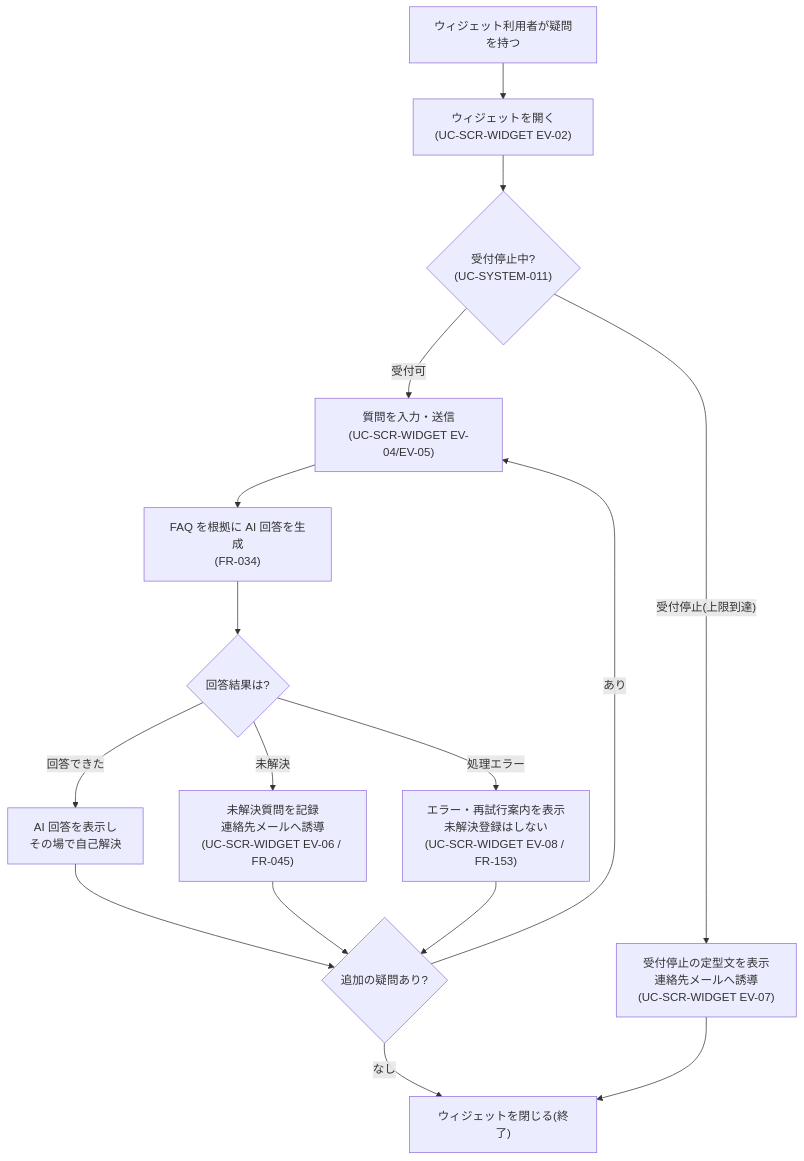
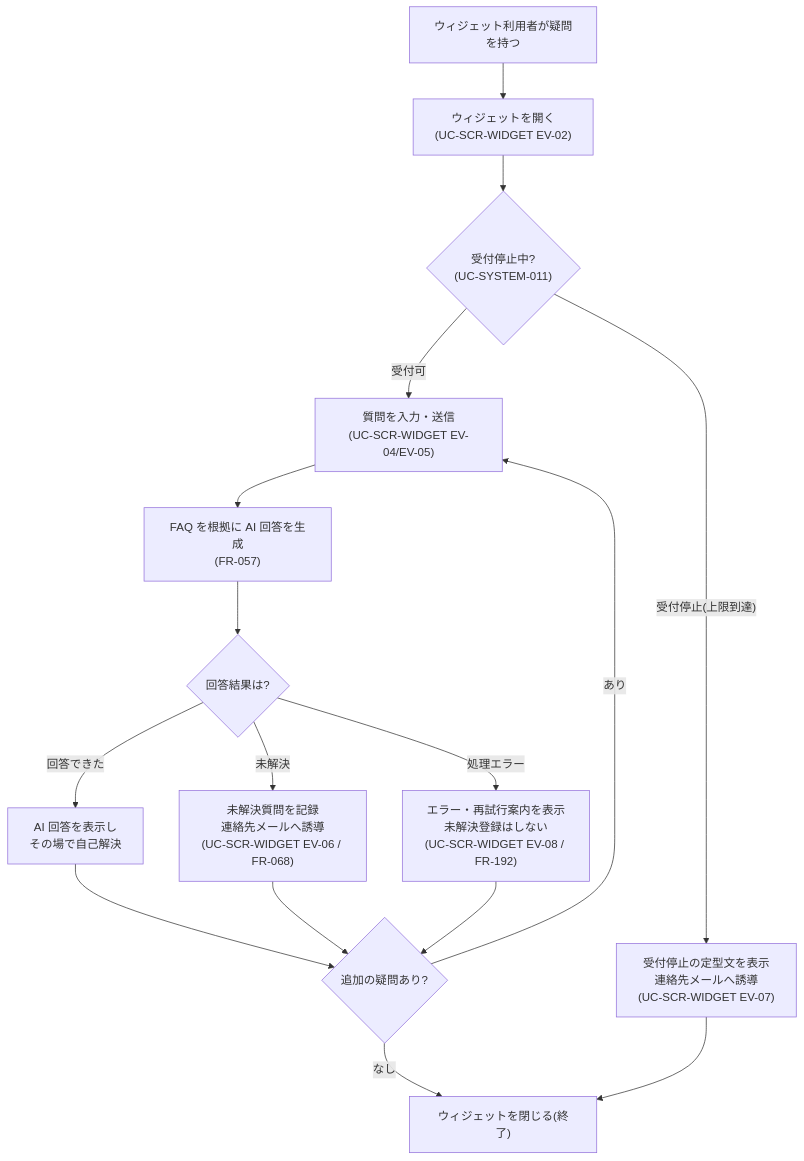
The diagram in 01_requirements/02_business_usecases/UC-BIZ-011.md (sikakou54/open-faq), drawn with Mermaid before and after one commit. The commit also changed other lines of this file and 571 other files, not shown here.

````diff
--- a/01_requirements/02_business_usecases/UC-BIZ-011.md
+++ b/01_requirements/02_business_usecases/UC-BIZ-011.md
@@ -67,18 +67,18 @@
 ```mermaid
 flowchart TD
   A["ウィジェット利用者が疑問を持つ"] --> B["ウィジェットを開く<br/>(UC-SCR-WIDGET EV-02)"]
   B --> C{"受付停止中?<br/>(UC-SYSTEM-011)"}
   C -- "受付停止(上限到達)" --> S["受付停止の定型文を表示<br/>連絡先メールへ誘導<br/>(UC-SCR-WIDGET EV-07)"]
   C -- "受付可" --> D["質問を入力・送信<br/>(UC-SCR-WIDGET EV-04/EV-05)"]
-  D --> E["FAQ を根拠に AI 回答を生成<br/>(FR-034)"]
+  D --> E["FAQ を根拠に AI 回答を生成<br/>(FR-057)"]
   E --> F{"回答結果は?"}
   F -- "回答できた" --> G["AI 回答を表示し<br/>その場で自己解決"]
-  F -- "未解決" --> H["未解決質問を記録<br/>連絡先メールへ誘導<br/>(UC-SCR-WIDGET EV-06 / FR-045)"]
-  F -- "処理エラー" --> I["エラー・再試行案内を表示<br/>未解決登録はしない<br/>(UC-SCR-WIDGET EV-08 / FR-153)"]
+  F -- "未解決" --> H["未解決質問を記録<br/>連絡先メールへ誘導<br/>(UC-SCR-WIDGET EV-06 / FR-068)"]
+  F -- "処理エラー" --> I["エラー・再試行案内を表示<br/>未解決登録はしない<br/>(UC-SCR-WIDGET EV-08 / FR-192)"]
   G --> J{"追加の疑問あり?"}
   H --> J
   I --> J
   J -- "あり" --> D
   J -- "なし" --> K["ウィジェットを閉じる(終了)"]
   S --> K
 ```
````
